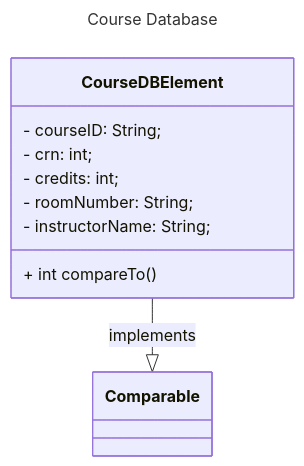
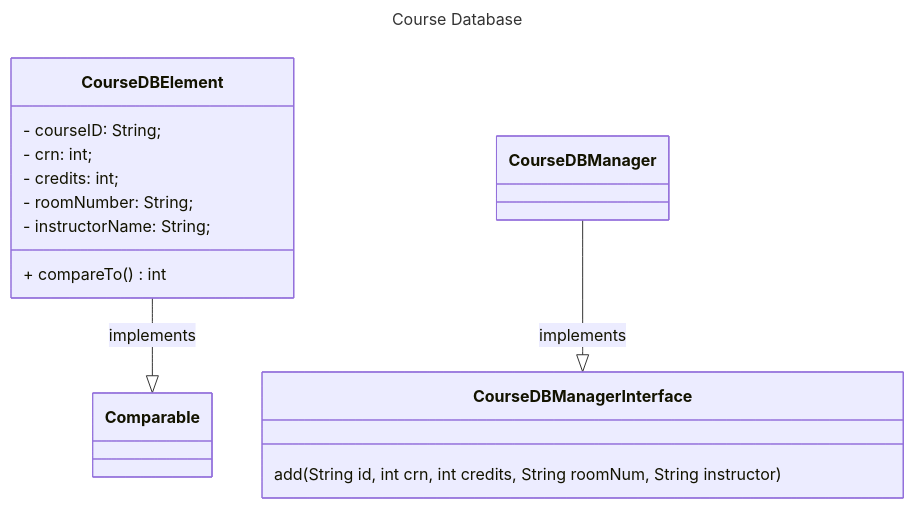
One commit to nick-nugat/nick-nugat.github.io changed the diagram in content/project-designs/cmsc204/NguyenNicholas_Assignment4_Design/assignment4-design.md. Above: the diagram before and after it, drawn with Mermaid. The commit also changed other lines of this file and 1 other file, not shown here.

Commit message:
vault backup: 2024-03-14 13:12:56
Affected files:
content/.obsidian/plugins/update-time-on-edit/data.json
content/project-designs/cmsc204/NguyenNicholas_Assignment4_Design/assignment4-design.md

````diff
--- a/content/project-designs/cmsc204/NguyenNicholas_Assignment4_Design/assignment4-design.md
+++ b/content/project-designs/cmsc204/NguyenNicholas_Assignment4_Design/assignment4-design.md
@@ -15,23 +15,26 @@
 ```mermaid
 ---
 title: Course Database
 ---
 classDiagram
 
 direction BT
 
 Comparable <|-- CourseDBElement: implements
+CourseDBManagerInterface <|-- CourseDBManager: implements
 
 class CourseDBElement { 
-    
     - courseID: String;  
     - crn: int;  
     - credits: int;  
     - roomNumber: String;  
     - instructorName: String;  
   
-    + int compareTo()
-    
+    + compareTo() int
 }
+ class CourseDBManagerInterface{
+	 add(String id, int crn, int credits, String roomNum, String instructor)
+ }
+
 
 ```
````
